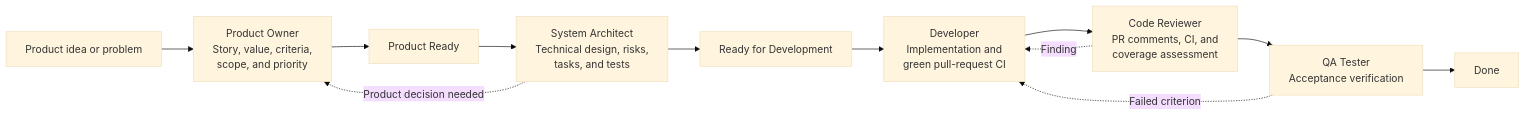
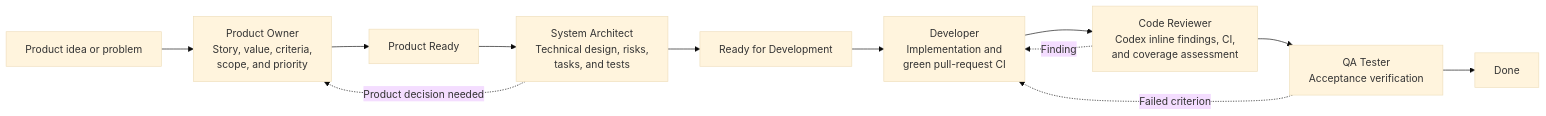
Before and after one commit to sheiracmanawit/toggleflow: the diagram in docs/13-product-to-delivery-workflow.md, drawn with Mermaid (base theme). The commit also changed other lines of this file and 59 other files, not shown here.

````diff
--- a/docs/13-product-to-delivery-workflow.md
+++ b/docs/13-product-to-delivery-workflow.md
@@ -11,17 +11,17 @@
 ```mermaid
 flowchart LR
     idea["Product idea or problem"]
     po["Product Owner<br/>Story, value, criteria,<br/>scope, and priority"]
     productReady["Product Ready"]
     architect["System Architect<br/>Technical design, risks,<br/>tasks, and tests"]
     ready["Ready for Development"]
     developer["Developer<br/>Implementation and<br/>green pull-request CI"]
-    review["Code Reviewer<br/>PR comments, CI, and<br/>coverage assessment"]
+    review["Code Reviewer<br/>Codex inline findings, CI,<br/>and coverage assessment"]
     qa["QA Tester<br/>Acceptance verification"]
     done["Done"]
 
     idea --> po --> productReady --> architect --> ready --> developer --> review --> qa --> done
     architect -. "Product decision needed" .-> po
     review -. "Finding" .-> developer
     qa -. "Failed criterion" .-> developer
 ```
````
